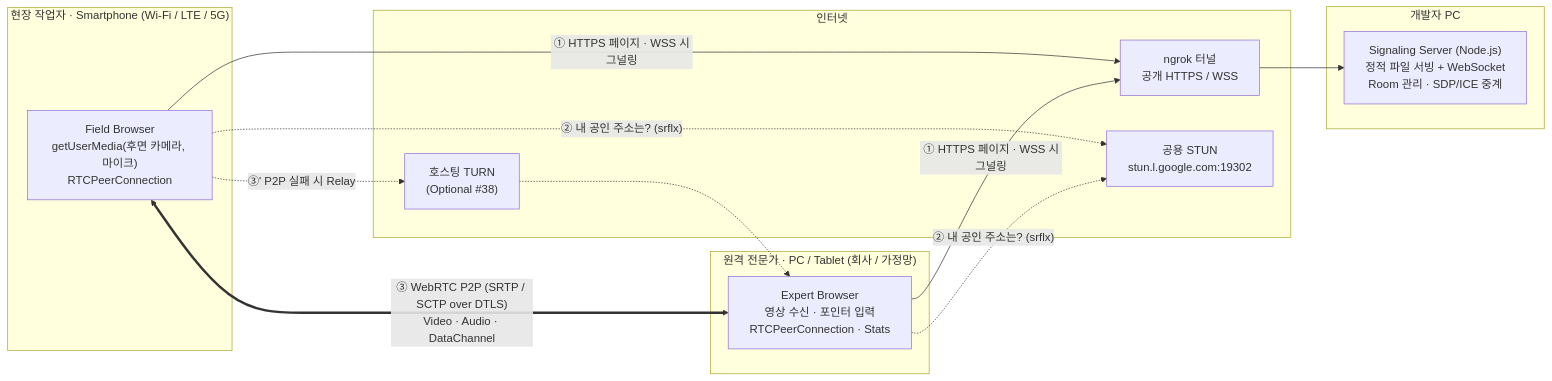
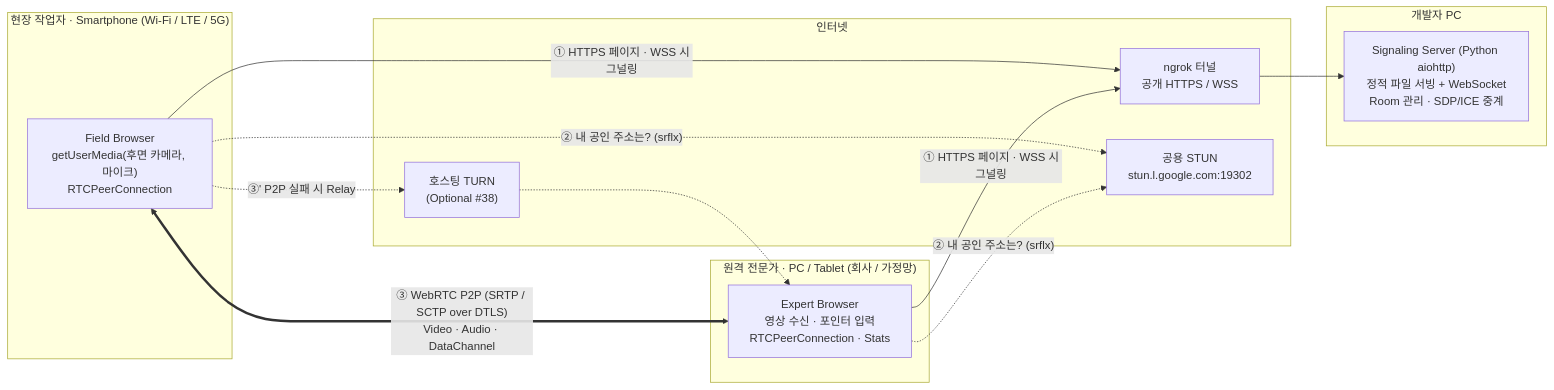
Before and after one commit to apg0001/AI_PROJECT_PBL2_WEBRTC: the first of 4 diagrams in docs/02-architecture.md, drawn with Mermaid. The commit also changed other lines of this file and 24 other files, not shown here.

````diff
--- a/docs/02-architecture.md
+++ b/docs/02-architecture.md
@@ -12,29 +12,29 @@
 ```mermaid
 flowchart LR
   subgraph FIELD["현장 작업자 · Smartphone (Wi-Fi / LTE / 5G)"]
     FB["Field Browser<br/>getUserMedia(후면 카메라, 마이크)<br/>RTCPeerConnection"]
   end
 
   subgraph EXPERT["원격 전문가 · PC / Tablet (회사 / 가정망)"]
     EB["Expert Browser<br/>영상 수신 · 포인터 입력<br/>RTCPeerConnection · Stats"]
   end
 
   subgraph CLOUD["인터넷"]
     NG["ngrok 터널<br/>공개 HTTPS / WSS"]
     STUN["공용 STUN<br/>stun.l.google.com:19302"]
     TURN["호스팅 TURN<br/>(Optional #38)"]
   end
 
   subgraph DEV["개발자 PC"]
-    SS["Signaling Server (Node.js)<br/>정적 파일 서빙 + WebSocket<br/>Room 관리 · SDP/ICE 중계"]
+    SS["Signaling Server (Python aiohttp)<br/>정적 파일 서빙 + WebSocket<br/>Room 관리 · SDP/ICE 중계"]
   end
 
   FB -->|"① HTTPS 페이지 · WSS 시그널링"| NG
   EB -->|"① HTTPS 페이지 · WSS 시그널링"| NG
   NG --> SS
   FB -.->|"② 내 공인 주소는? (srflx)"| STUN
   EB -.->|"② 내 공인 주소는? (srflx)"| STUN
   FB <==>|"③ WebRTC P2P (SRTP / SCTP over DTLS)<br/>Video · Audio · DataChannel"| EB
   FB -.->|"③' P2P 실패 시 Relay"| TURN
   TURN -.-> EB
 ```
````
